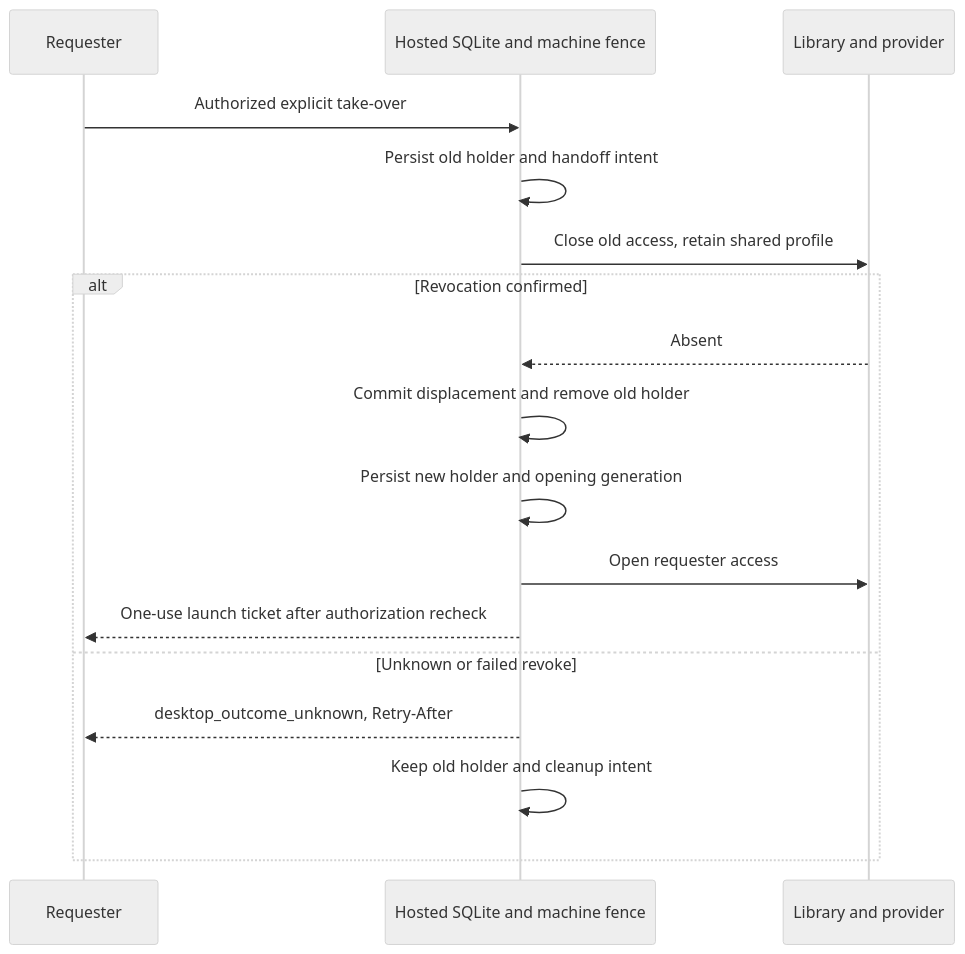
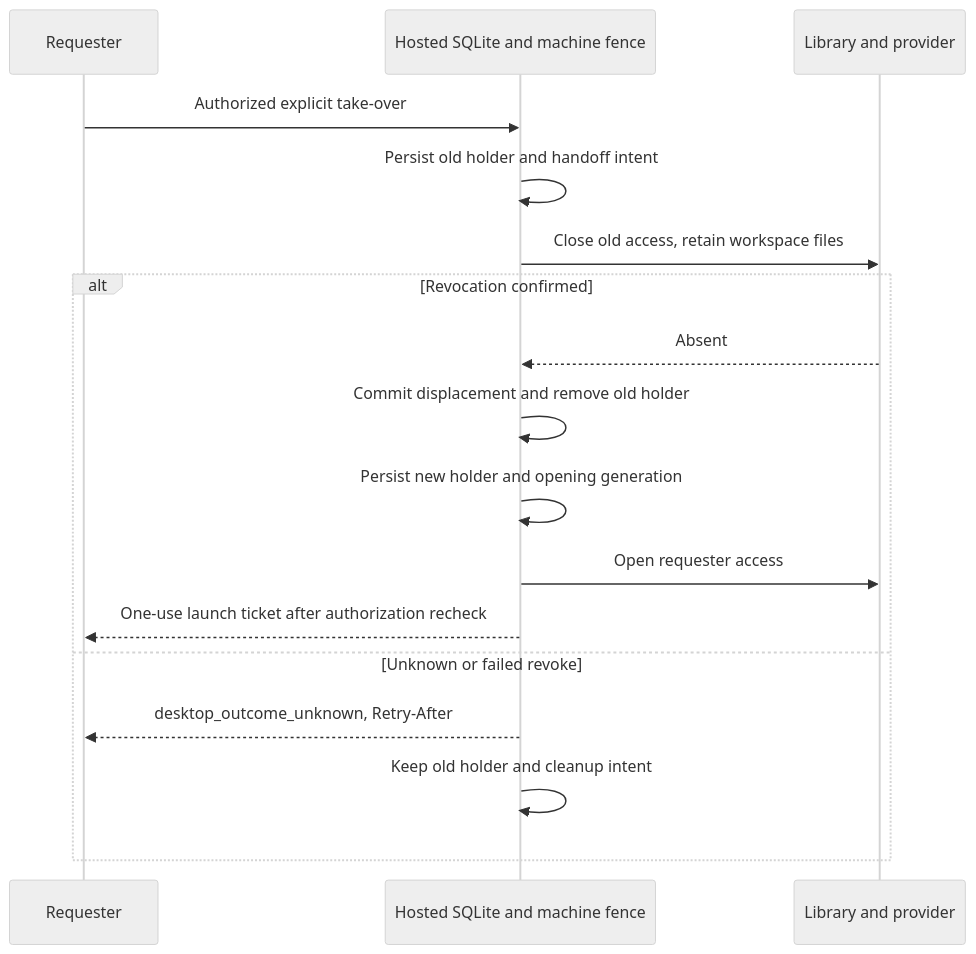
The seventh of 8 diagrams in ARCHITECTURE.md (OutboundSpade/LabCentral), drawn with Mermaid (neutral theme) before and after one commit. The commit also changed other lines of this file and 34 other files, not shown here.

````diff
--- a/ARCHITECTURE.md
+++ b/ARCHITECTURE.md
@@ -706,19 +740,19 @@
 ```mermaid
 sequenceDiagram
     participant R as Requester
     participant H as Hosted SQLite and machine fence
     participant P as Library and provider
     R->>H: Authorized explicit take-over
     H->>H: Persist old holder and handoff intent
-    H->>P: Close old access, retain shared profile
+    H->>P: Close old access, retain workspace files
     alt Revocation confirmed
       P-->>H: Absent
       H->>H: Commit displacement and remove old holder
       H->>H: Persist new holder and opening generation
       H->>P: Open requester access
       H-->>R: One-use launch ticket after authorization recheck
     else Unknown or failed revoke
       H-->>R: desktop_outcome_unknown, Retry-After
       H->>H: Keep old holder and cleanup intent
     end
 ```
````
